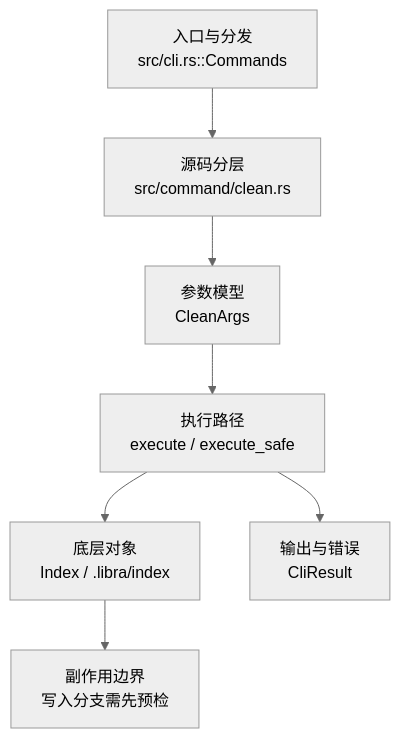
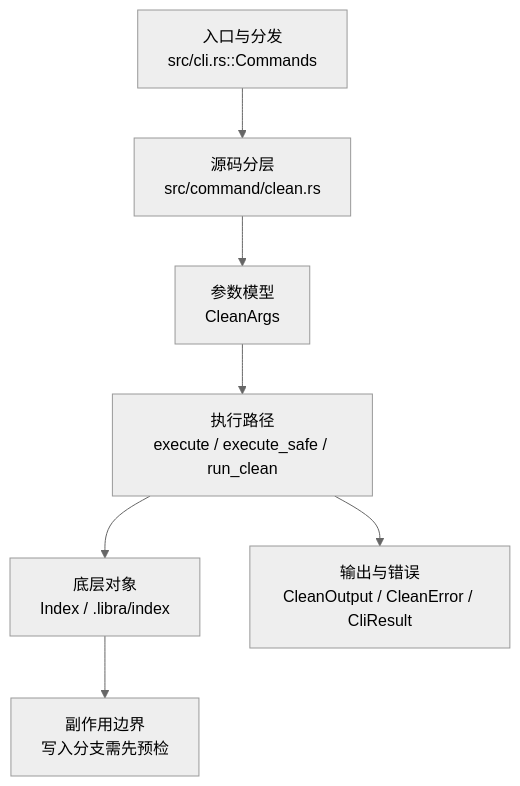
Before and after one commit to web3infra-foundation/libra: the diagram in docs/development/commands/clean.md, drawn with Mermaid (neutral theme). The commit also changed other lines of this file and 65 other files, not shown here.

````diff
--- a/docs/development/commands/clean.md
+++ b/docs/development/commands/clean.md
@@ -22,9 +22,9 @@
 ```mermaid
 flowchart TD
     A["入口与分发<br/>src/cli.rs::Commands"] --> B["源码分层<br/>src/command/clean.rs"]
     B --> C["参数模型<br/>CleanArgs"]
-    C --> D["执行路径<br/>execute / execute_safe"]
+    C --> D["执行路径<br/>execute / execute_safe / run_clean"]
     D --> E["底层对象<br/>Index / .libra/index"]
-    D --> F["输出与错误<br/>CliResult"]
+    D --> F["输出与错误<br/>CleanOutput / CleanError / CliResult"]
     E --> G["副作用边界<br/>写入分支需先预检"]
 ```
````
